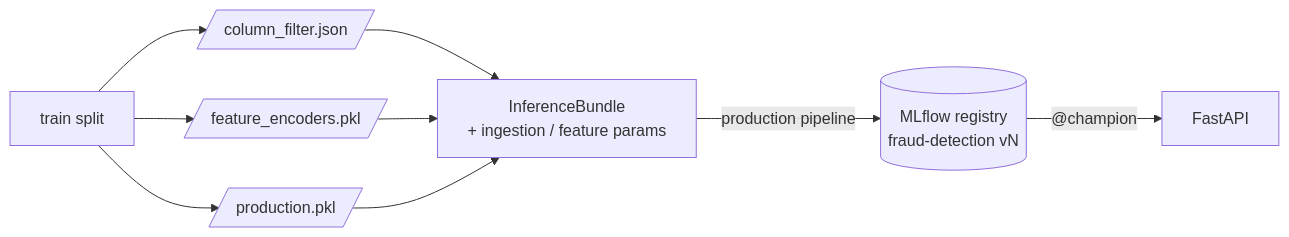
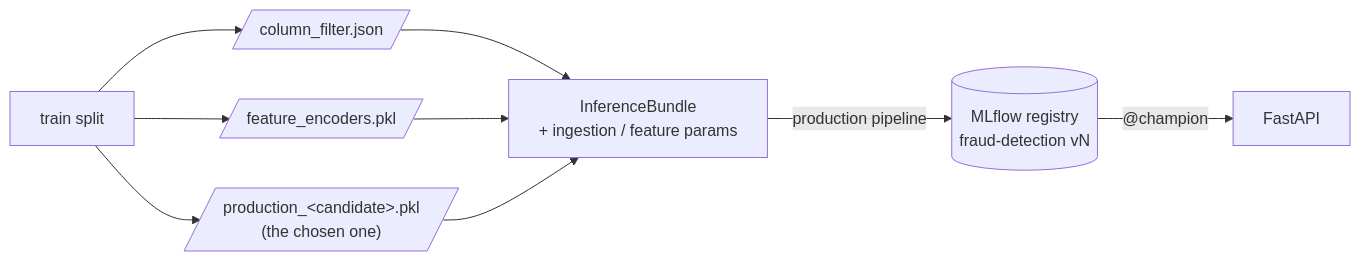
Before and after one commit to MikolajKurtyka/fraud-detection-kedro: the diagram in docs/04_data_layers.md, drawn with Mermaid. The commit also changed other lines of this file and 7 other files, not shown here.

````diff
--- a/docs/04_data_layers.md
+++ b/docs/04_data_layers.md
@@ -98,7 +98,7 @@
 ```mermaid
 flowchart LR
-    TR[train split] --> CF[/column_filter.json/] & FE[/feature_encoders.pkl/] & M[/"production.pkl"/]
+    TR[train split] --> CF[/column_filter.json/] & FE[/feature_encoders.pkl/] & M[/"production_&lt;candidate&gt;.pkl<br/>(the chosen one)"/]
     CF & FE & M --> B["InferenceBundle<br/>+ ingestion / feature params"]
     B -->|"production pipeline"| REG[("MLflow registry<br/>fraud-detection vN")]
     REG -->|"@champion"| API[FastAPI]
 ```
````
